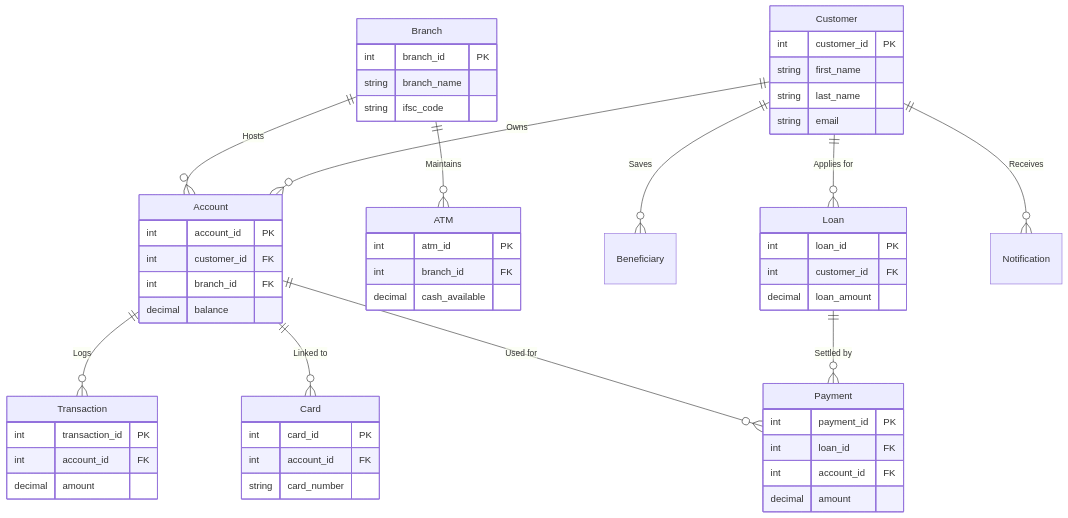
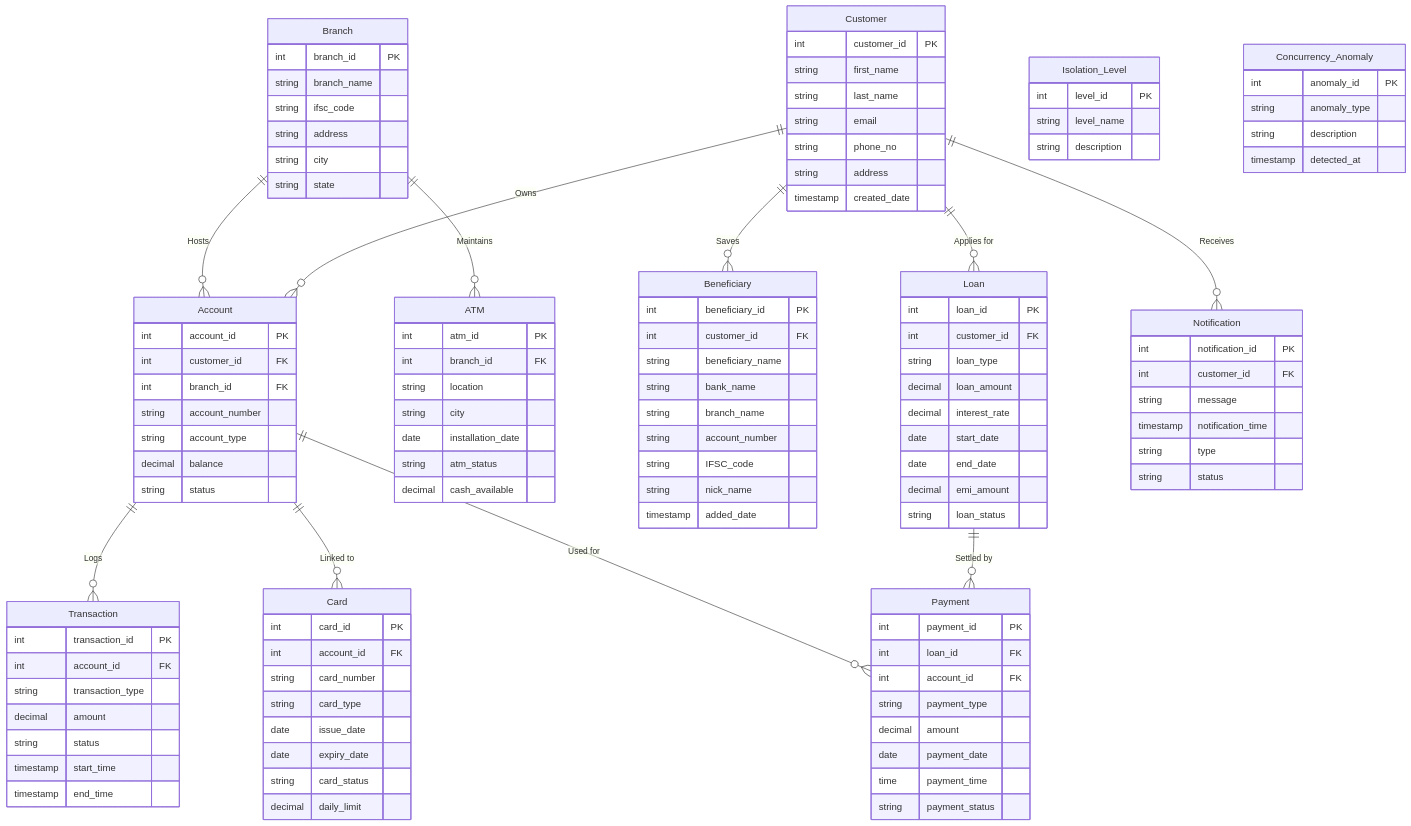
Before and after one commit to Parshwa-06-Nikam/DBMS-Banking: the diagram in ER_DIAGRAM.md, drawn with Mermaid.

Commit message:
Expand Mermaid diagram to include all database tables and schema columns uniformly

````diff
--- a/ER_DIAGRAM.md
+++ b/ER_DIAGRAM.md
@@ -29,42 +29,104 @@
         string first_name
         string last_name
         string email
+        string phone_no
+        string address
+        timestamp created_date
     }
     Branch {
         int branch_id PK
         string branch_name
         string ifsc_code
+        string address
+        string city
+        string state
     }
     Account {
         int account_id PK
         int customer_id FK
         int branch_id FK
+        string account_number
+        string account_type
         decimal balance
+        string status
     }
     Transaction {
         int transaction_id PK
         int account_id FK
+        string transaction_type
         decimal amount
+        string status
+        timestamp start_time
+        timestamp end_time
     }
     ATM {
         int atm_id PK
         int branch_id FK
+        string location
+        string city
+        date installation_date
+        string atm_status
         decimal cash_available
     }
     Card {
         int card_id PK
         int account_id FK
         string card_number
+        string card_type
+        date issue_date
+        date expiry_date
+        string card_status
+        decimal daily_limit
     }
     Loan {
         int loan_id PK
         int customer_id FK
+        string loan_type
         decimal loan_amount
+        decimal interest_rate
+        date start_date
+        date end_date
+        decimal emi_amount
+        string loan_status
     }
     Payment {
         int payment_id PK
         int loan_id FK
         int account_id FK
+        string payment_type
         decimal amount
+        date payment_date
+        time payment_time
+        string payment_status
+    }
+    Beneficiary {
+        int beneficiary_id PK
+        int customer_id FK
+        string beneficiary_name
+        string bank_name
+        string branch_name
+        string account_number
+        string IFSC_code
+        string nick_name
+        timestamp added_date
+    }
+    Notification {
+        int notification_id PK
+        int customer_id FK
+        string message
+        timestamp notification_time
+        string type
+        string status
+    }
+    Isolation_Level {
+        int level_id PK
+        string level_name
+        string description
+    }
+    Concurrency_Anomaly {
+        int anomaly_id PK
+        string anomaly_type
+        string description
+        timestamp detected_at
     }
 ```
````
